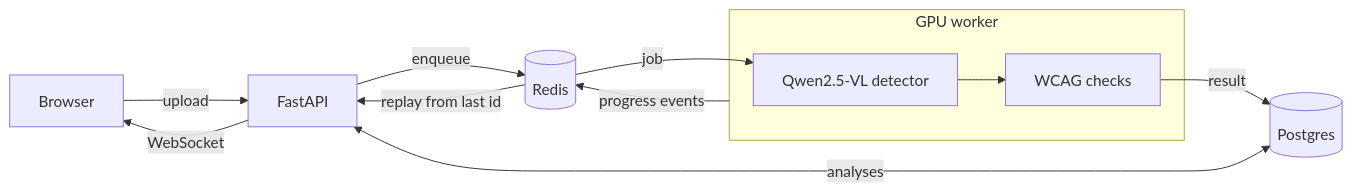
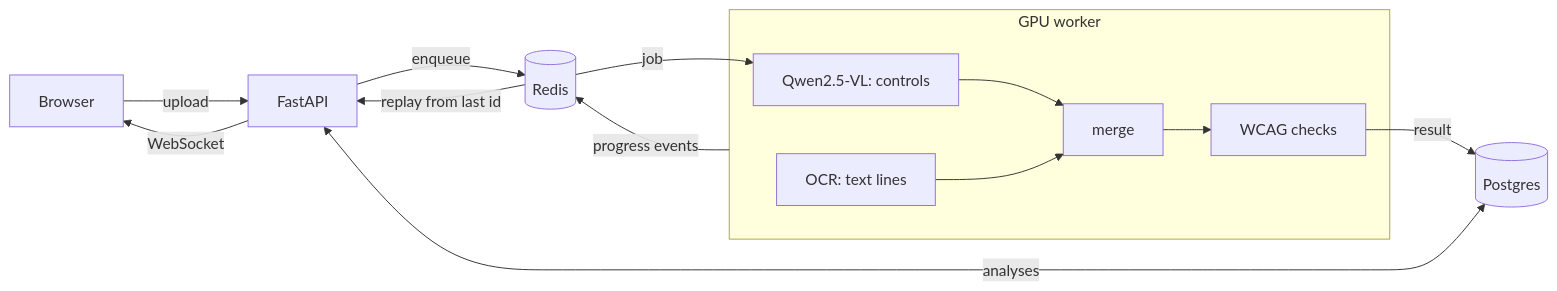
One commit to swapnil5053/Prism changed the first of 2 diagrams in README.md. Above: the diagram before and after it, drawn with Mermaid. The commit also changed other lines of this file and 21 other files, not shown here.

First line of the commit message:
feat(vision): take text from OCR, keep the VLM for controls

````diff
--- a/README.md
+++ b/README.md
@@ -13,14 +14,16 @@
 ```mermaid
 flowchart LR
     B[Browser] -->|upload| A[FastAPI]
     A -->|enqueue| R[(Redis)]
     R -->|job| D
     subgraph W[GPU worker]
-        D[Qwen2.5-VL detector] --> C[WCAG checks]
+        D[Qwen2.5-VL: controls] --> M[merge]
+        O[OCR: text lines] --> M
+        M --> C[WCAG checks]
     end
     C -->|result| P[(Postgres)]
     W -->|progress events| R
     R -->|replay from last id| A
     A -->|WebSocket| B
     A <-->|analyses| P
 ```
````
